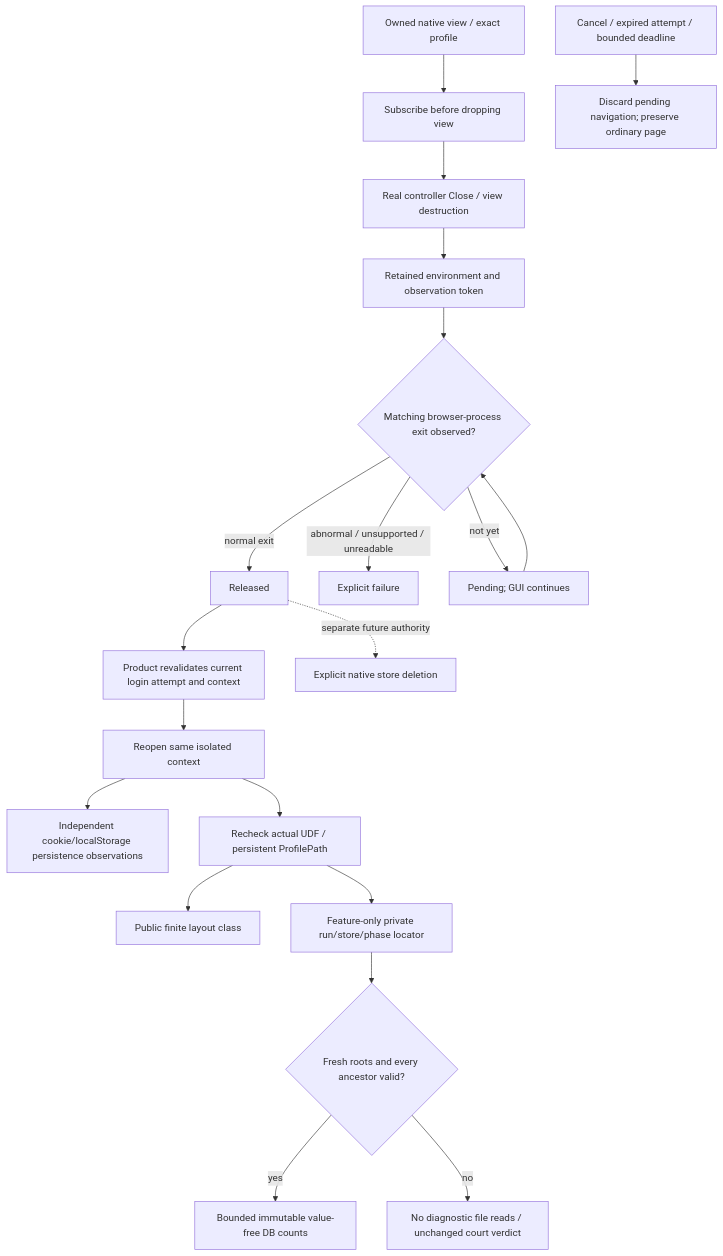
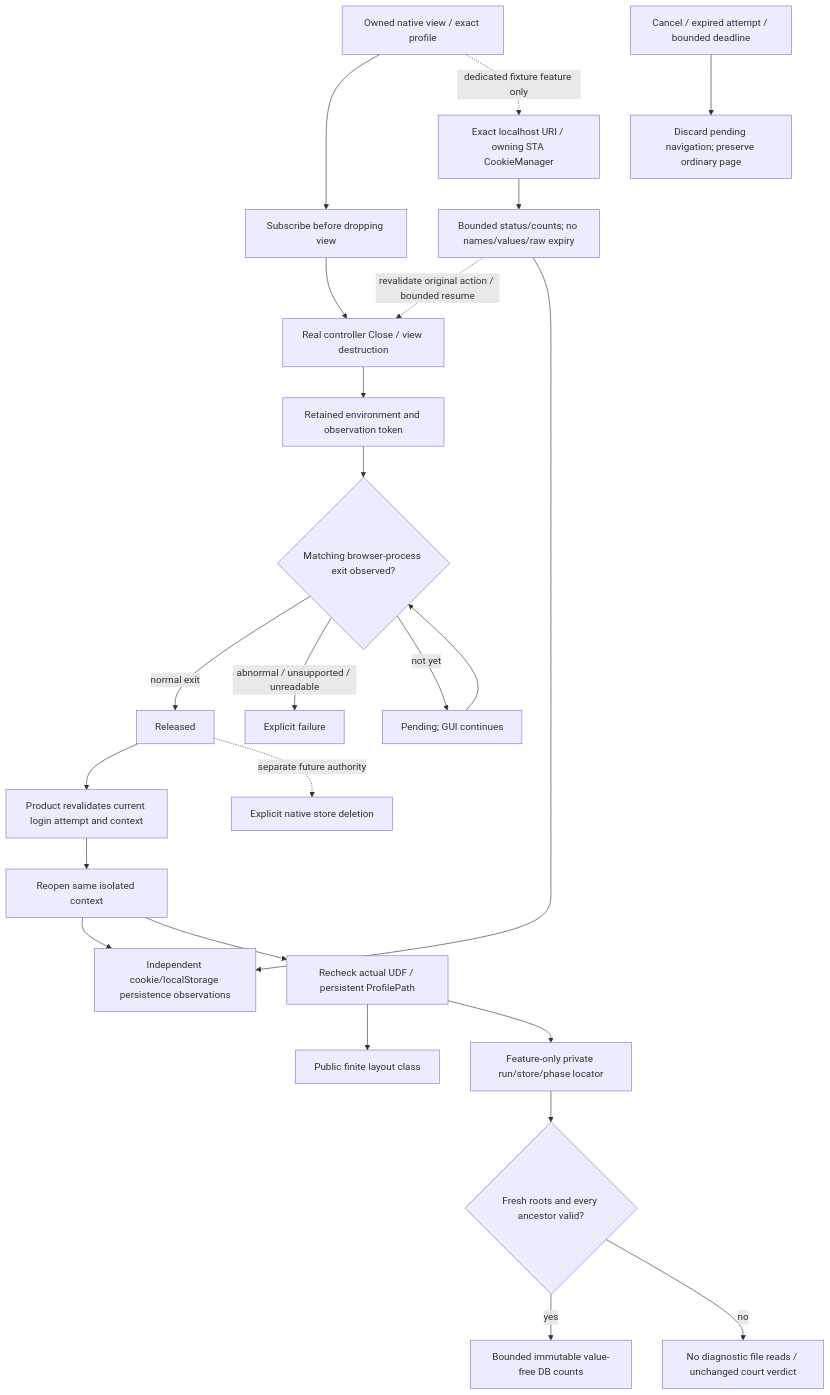
The diagram in prd/PRD_02_28_01_browser_context_lifecycle.md (partnernetsoftware/minicon), drawn with Mermaid before and after one commit. The commit also changed other lines of this file and 12 other files, not shown here.

Commit message:
test: add bounded Windows cookie metadata diagnostics

````diff
--- a/prd/PRD_02_28_01_browser_context_lifecycle.md
+++ b/prd/PRD_02_28_01_browser_context_lifecycle.md
@@ -49,22 +55,26 @@
 ```mermaid
 flowchart TD
     V[Owned native view / exact profile] --> SUB[Subscribe before dropping view]
     SUB --> CLOSE[Real controller Close / view destruction]
     CLOSE --> P[Retained environment and observation token]
     P --> EVENT{Matching browser-process exit observed?}
     EVENT -->|normal exit| READY[Released]
     EVENT -->|abnormal / unsupported / unreadable| FAIL[Explicit failure]
     EVENT -->|not yet| WAIT[Pending; GUI continues]
     WAIT --> EVENT
     READY --> R[Product revalidates current login attempt and context]
     R --> OPEN[Reopen same isolated context]
     OPEN --> STORE[Independent cookie/localStorage persistence observations]
     OPEN --> SDK[Recheck actual UDF / persistent ProfilePath]
     SDK --> FINITE[Public finite layout class]
     SDK --> PRIVATE[Feature-only private run/store/phase locator]
+    V -. dedicated fixture feature only .-> QUERY[Exact localhost URI / owning STA CookieManager]
+    QUERY --> META[Bounded status/counts; no names/values/raw expiry]
+    META -. revalidate original action / bounded resume .-> CLOSE
+    META --> STORE
     PRIVATE --> ROOTS{Fresh roots and every ancestor valid?}
     ROOTS -->|yes| DB[Bounded immutable value-free DB counts]
     ROOTS -->|no| UNAVAILABLE[No diagnostic file reads / unchanged court verdict]
     CANCEL[Cancel / expired attempt / bounded deadline] --> DISCARD[Discard pending navigation; preserve ordinary page]
     READY -. separate future authority .-> DELETE[Explicit native store deletion]
 ```
````
